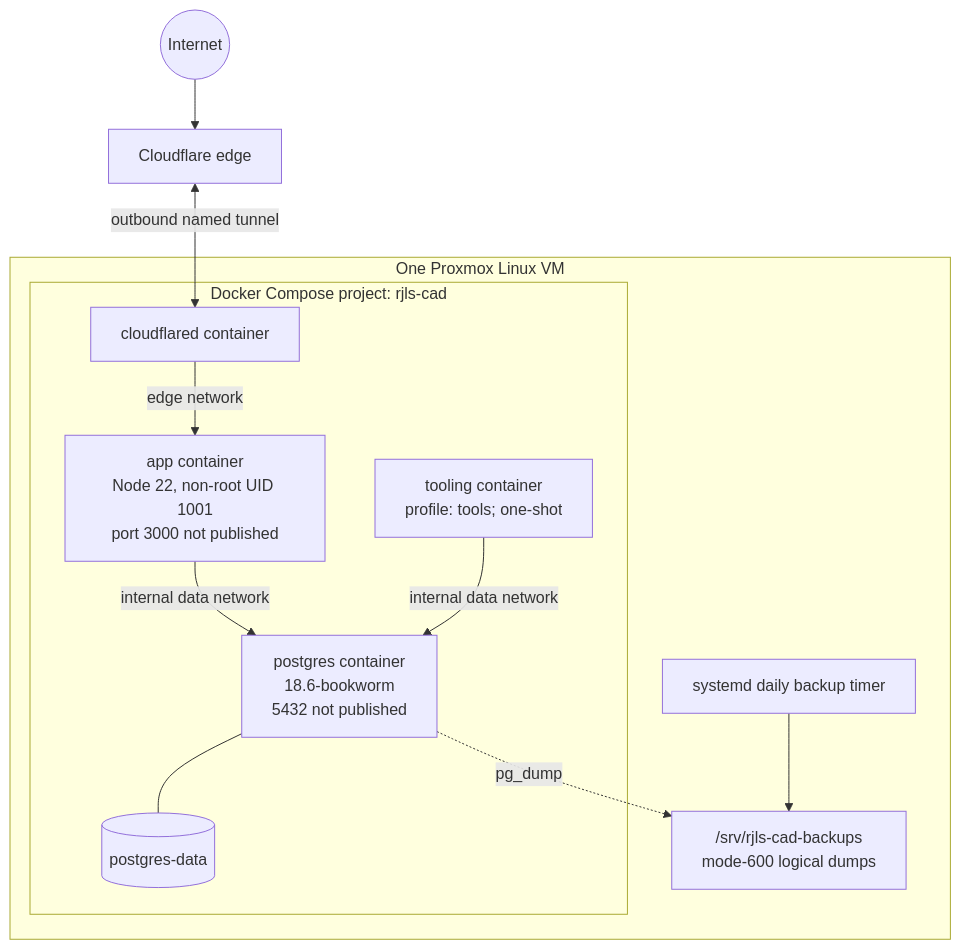
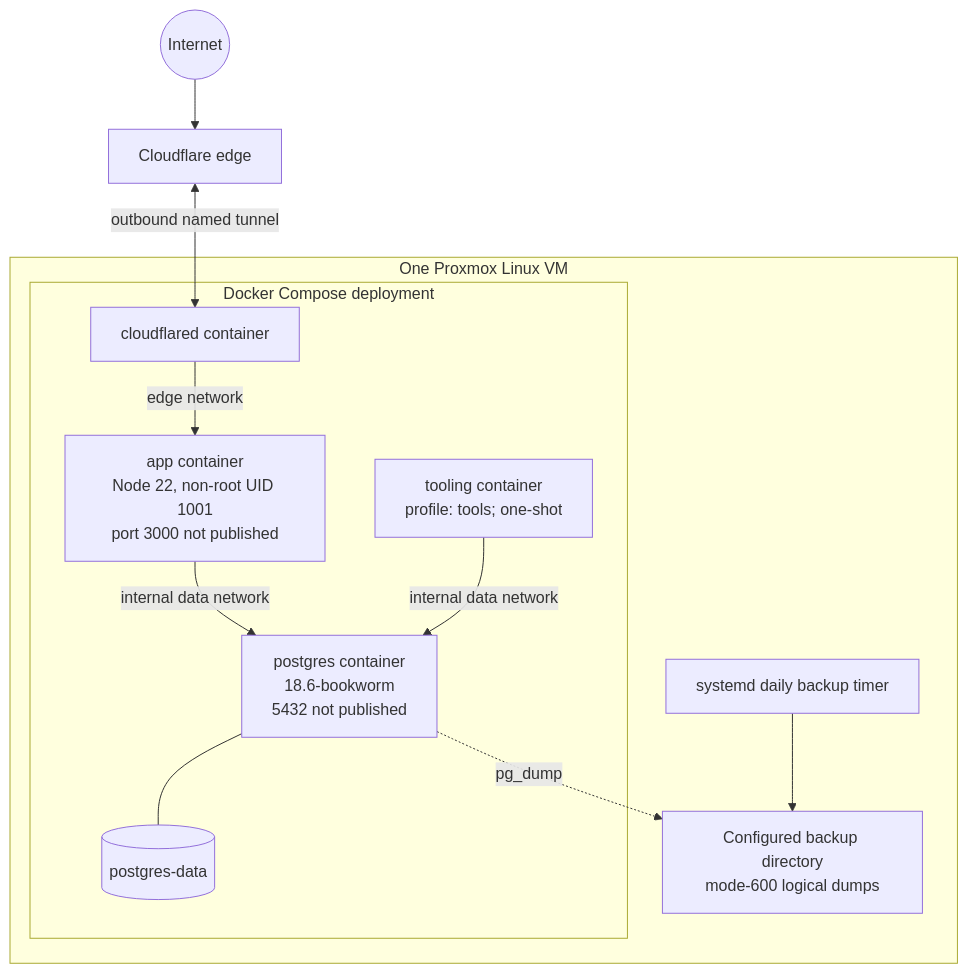
Before and after one commit to lukasasorensen/3d_model_mcp: the fifth of 6 diagrams in docs/production-infrastructure.md, drawn with Mermaid. The commit also changed other lines of this file and 138 other files, not shown here.

Commit message:
Rename RJLS to TheoryFoundry and preserve configured database shell

````diff
--- a/docs/production-infrastructure.md
+++ b/docs/production-infrastructure.md
@@ -152,22 +152,22 @@
 ```mermaid
 flowchart TB
     Internet((Internet)) --> CFEdge[Cloudflare edge]
     CFEdge <-->|outbound named tunnel| CFD[cloudflared container]
 
     subgraph Host["One Proxmox Linux VM"]
-      subgraph Compose["Docker Compose project: rjls-cad"]
+      subgraph Compose["Docker Compose deployment"]
         CFD
         App["app container<br/>Node 22, non-root UID 1001<br/>port 3000 not published"]
         Tool["tooling container<br/>profile: tools; one-shot"]
         PG["postgres container<br/>18.6-bookworm<br/>5432 not published"]
         Vol[(postgres-data)]
         CFD -->|edge network| App
         App -->|internal data network| PG
         Tool -->|internal data network| PG
         PG --- Vol
       end
-      Backup["/srv/rjls-cad-backups<br/>mode-600 logical dumps"]
+      Backup["Configured backup directory<br/>mode-600 logical dumps"]
       Timer["systemd daily backup timer"] --> Backup
       PG -. pg_dump .-> Backup
     end
 ```
````
